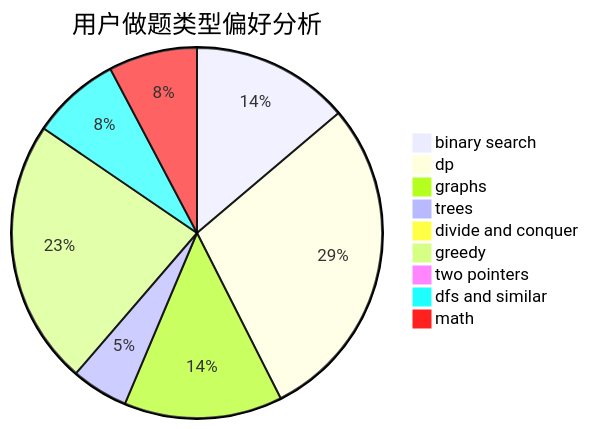
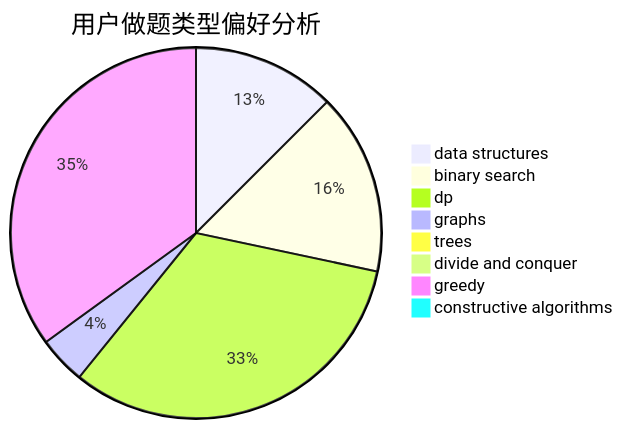
One commit to sherpahu/cfrs.github.io changed the second of 3 diagrams in docs/user/u559.md. Above: the diagram before and after it, drawn with Mermaid. The commit also changed other lines of this file and 2775 other files, not shown here.

````diff
--- a/docs/user/u559.md
+++ b/docs/user/u559.md
@@ -23,12 +23,11 @@
 ```mermaid
 pie title 用户做题类型偏好分析
-    "binary search" :  25
-    "dp" :  52
-    "graphs" :  25
-    "trees" :  9
+    "data structures" :  15
+    "binary search" :  19
+    "dp" :  39
+    "graphs" :  5
+    "trees" :  0
     "divide and conquer" :  0
     "greedy" :  42
-    "two pointers" :  0
-    "dfs and similar" :  14
-    "math" :  14
+    "constructive algorithms" :  0
 ```
````
